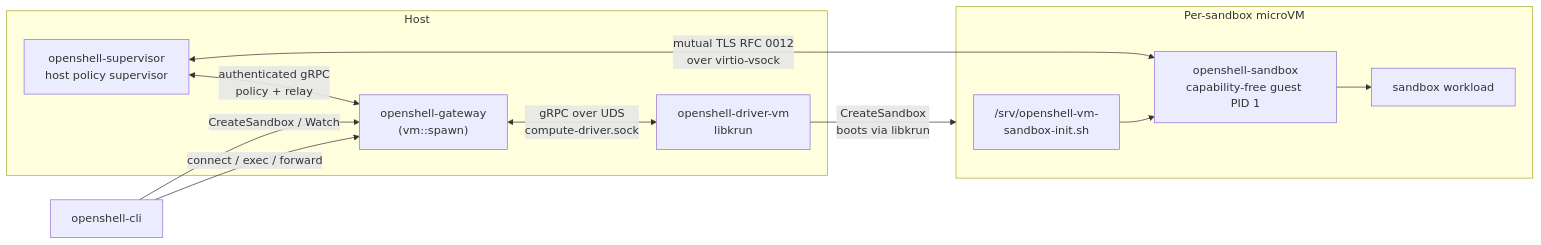
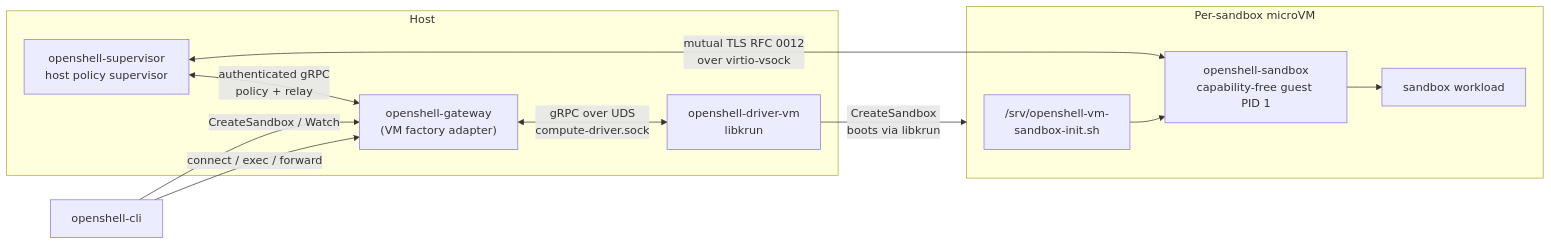
Before and after one commit to Hugoch/OpenShell: the diagram in crates/openshell-driver-vm/README.md, drawn with Mermaid. The commit also changed other lines of this file and 9 other files, not shown here.

````diff
--- a/crates/openshell-driver-vm/README.md
+++ b/crates/openshell-driver-vm/README.md
@@ -11,23 +11,23 @@
 ```mermaid
 flowchart LR
     subgraph host["Host"]
-        gateway["openshell-gateway<br/>(vm::spawn)"]
+        gateway["openshell-gateway<br/>(VM factory adapter)"]
         driver["openshell-driver-vm<br/>libkrun"]
         supervisor["openshell-supervisor<br/>host policy supervisor"]
         gateway <-->|"gRPC over UDS<br/>compute-driver.sock"| driver
         supervisor <-->|"authenticated gRPC<br/>policy + relay"| gateway
     end
 
     subgraph guest["Per-sandbox microVM"]
         init["/srv/openshell-vm-<br/>sandbox-init.sh"]
         sandbox["openshell-sandbox<br/>capability-free guest PID 1"]
         workload["sandbox workload"]
         init --> sandbox --> workload
     end
 
     driver -->|"CreateSandbox<br/>boots via libkrun"| guest
     supervisor <-->|"mutual TLS RFC 0012<br/>over virtio-vsock"| sandbox
 
     client["openshell-cli"] -->|"connect / exec / forward"| gateway
     client -->|"CreateSandbox / Watch"| gateway
 ```
````
